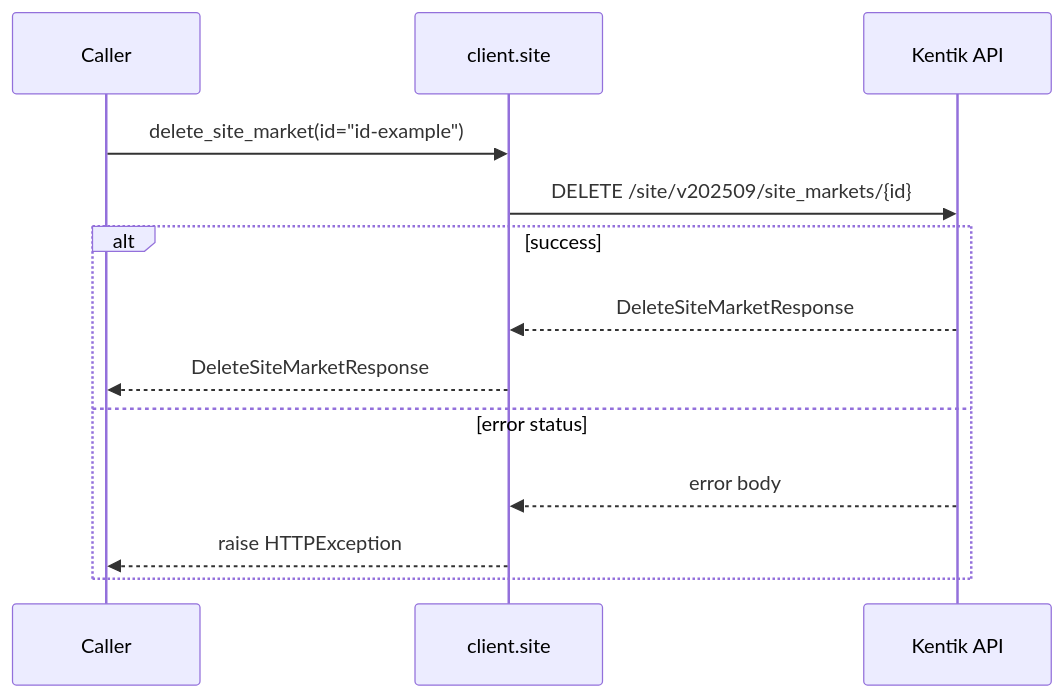
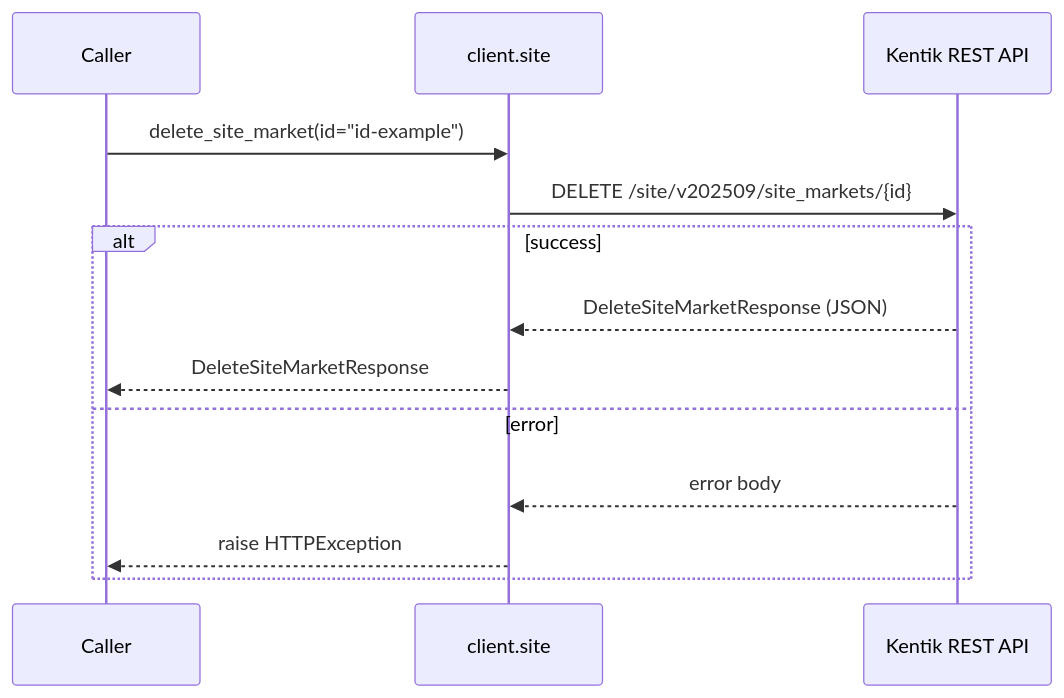
One commit to alexdearaujo/community_sdk_python changed the tenth of 22 diagrams in docs/sphinx/services/site.md. Above: the diagram before and after it, drawn with Mermaid. The commit also changed other lines of this file and 61 other files, not shown here.

````diff
--- a/docs/sphinx/services/site.md
+++ b/docs/sphinx/services/site.md
@@ -227,16 +329,16 @@
 ```mermaid
 sequenceDiagram
     participant C as Caller
     participant W as client.site
-    participant API as Kentik API
+    participant API as Kentik REST API
 
     C->>W: delete_site_market(id="id-example")
     W->>API: DELETE /site/v202509/site_markets/{id}
     alt success
-        API-->>W: DeleteSiteMarketResponse
+        API-->>W: DeleteSiteMarketResponse (JSON)
         W-->>C: DeleteSiteMarketResponse
-    else error status
+    else error
         API-->>W: error body
         W-->>C: raise HTTPException
     end
 ```
````
